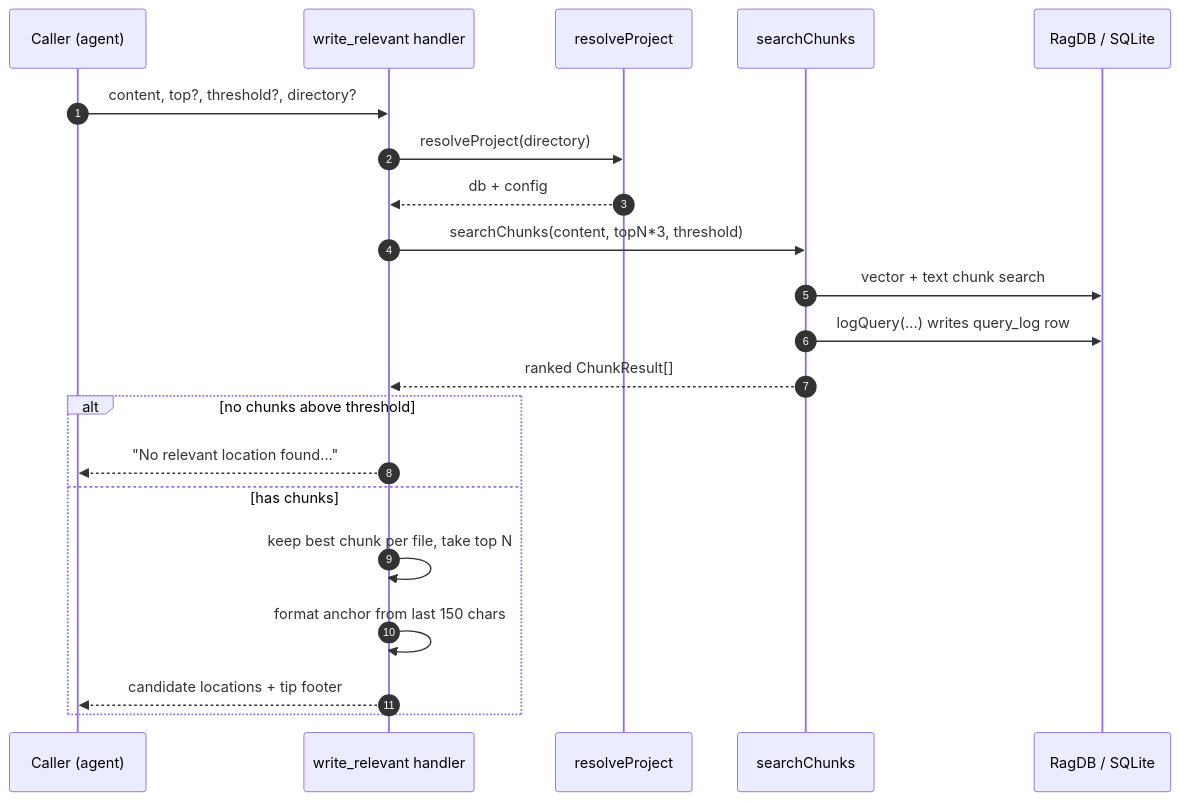
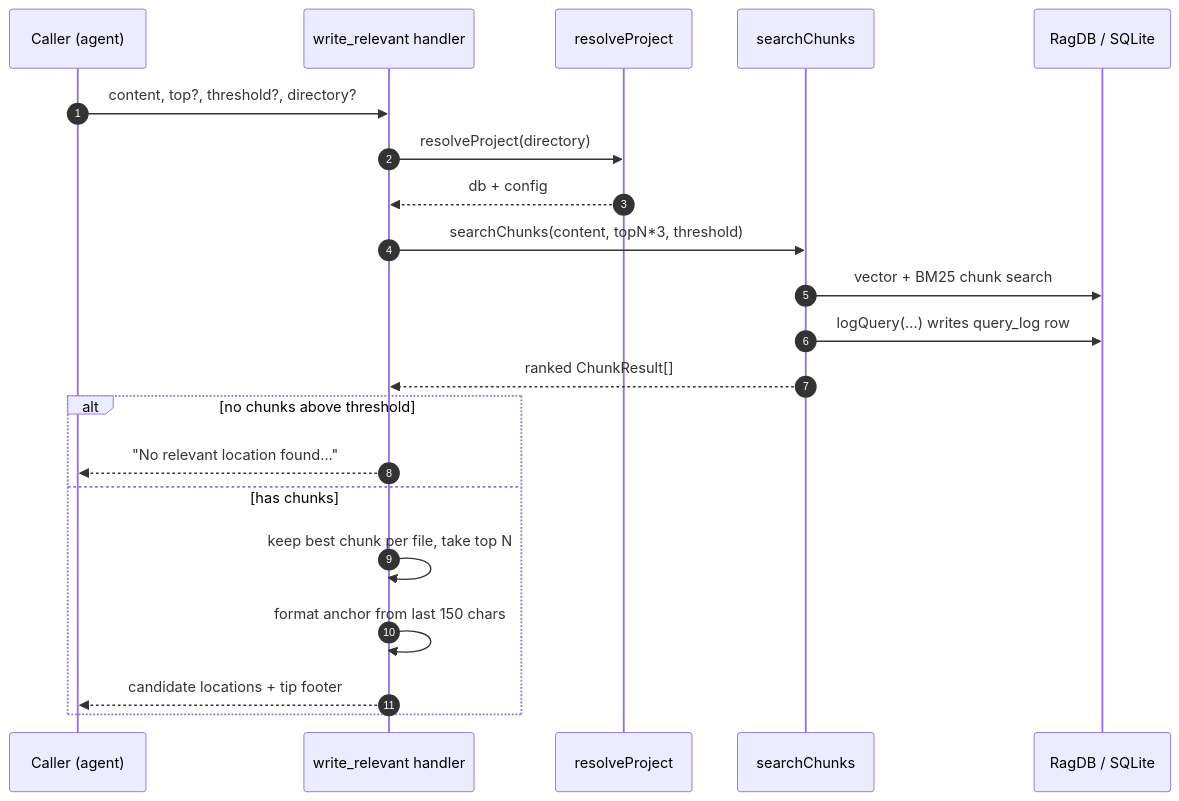
One commit to TheWinci/mimirs changed the diagram in wiki/tools/write-relevant.md. Above: the diagram before and after it, drawn with Mermaid. The commit also changed other lines of this file and 55 other files, not shown here.

````diff
--- a/wiki/tools/write-relevant.md
+++ b/wiki/tools/write-relevant.md
@@ -35,23 +35,23 @@
 ```mermaid
 sequenceDiagram
     autonumber
     participant Caller as Caller (agent)
     participant Tool as write_relevant handler
     participant Proj as resolveProject
     participant SC as searchChunks
     participant DB as RagDB / SQLite
     Caller->>Tool: content, top?, threshold?, directory?
     Tool->>Proj: resolveProject(directory)
     Proj-->>Tool: db + config
     Tool->>SC: searchChunks(content, topN*3, threshold)
-    SC->>DB: vector + text chunk search
+    SC->>DB: vector + BM25 chunk search
     SC->>DB: logQuery(...) writes query_log row
     SC-->>Tool: ranked ChunkResult[]
     alt no chunks above threshold
         Tool-->>Caller: "No relevant location found..."
     else has chunks
         Tool->>Tool: keep best chunk per file, take top N
         Tool->>Tool: format anchor from last 150 chars
         Tool-->>Caller: candidate locations + tip footer
     end
 ```
````
